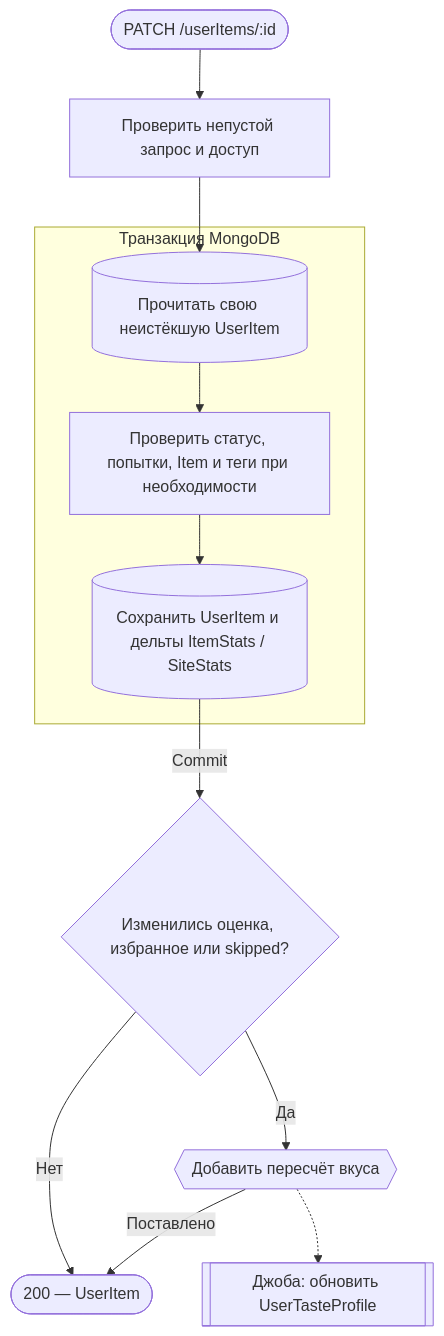
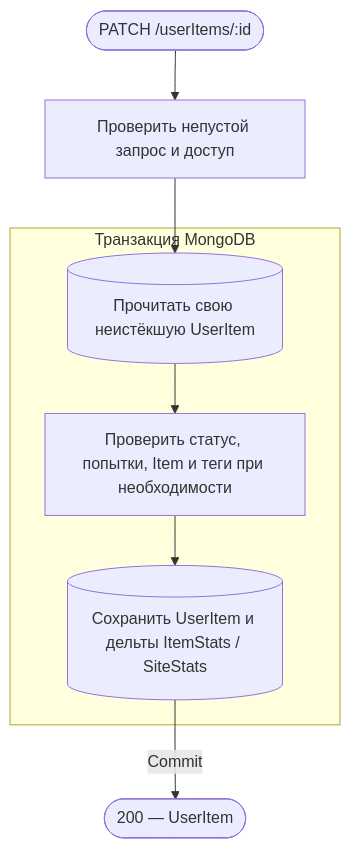
Before and after one commit to AmyGrooove/f95-tinder: the fifth of 8 diagrams in apps/api/docs/api/requestFlows/userItems.md, drawn with Mermaid. The commit also changed other lines of this file and 83 other files, not shown here.

````diff
--- a/apps/api/docs/api/requestFlows/userItems.md
+++ b/apps/api/docs/api/requestFlows/userItems.md
@@ -112,17 +106,13 @@
 ```mermaid
 flowchart TD
     accTitle: Изменение записи библиотеки
-    accDescr: Прочитать собственную UserItem и проверить изменения, сохранить запись и статистику одной транзакцией, при изменении вкусового сигнала поставить пересчёт после commit
+    accDescr: Прочитать собственную UserItem и проверить изменения, сохранить запись и статистику одной транзакцией
     A(["PATCH /userItems/:id"]):::http --> B["Проверить непустой запрос и доступ"]:::action
     subgraph TX["Транзакция MongoDB"]
         C[("Прочитать свою неистёкшую UserItem")]:::data
         C --> D["Проверить статус, попытки, Item и теги при необходимости"]:::action
         D --> E[("Сохранить UserItem и дельты ItemStats / SiteStats")]:::data
     end
     B --> C
-    E -->|Commit| F{"Изменились оценка, избранное или skipped?"}:::action
-    F -->|Да| Q{{"Добавить пересчёт вкуса"}}:::queue
-    F -->|Нет| R(["200 — UserItem"]):::http
-    Q -->|Поставлено| R
-    Q -.-> J[["Джоба: обновить UserTasteProfile"]]:::job
+    E -->|Commit| R(["200 — UserItem"]):::http
 ```
````
